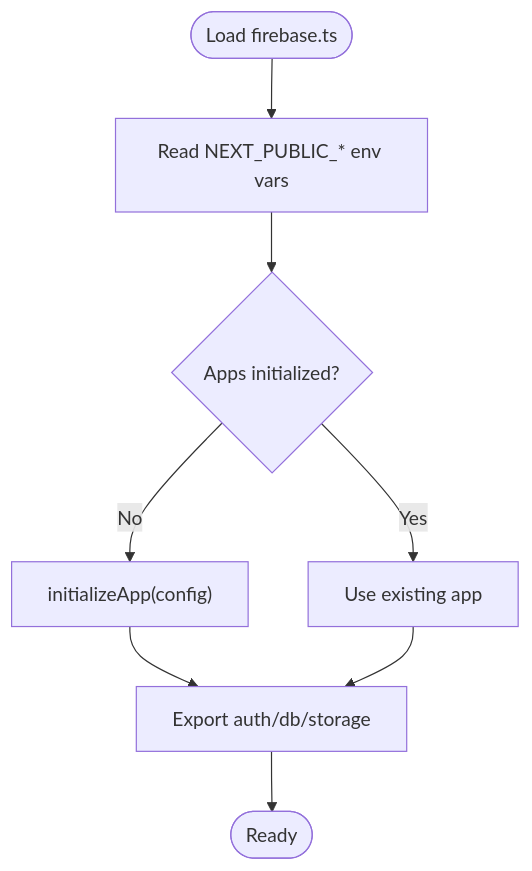
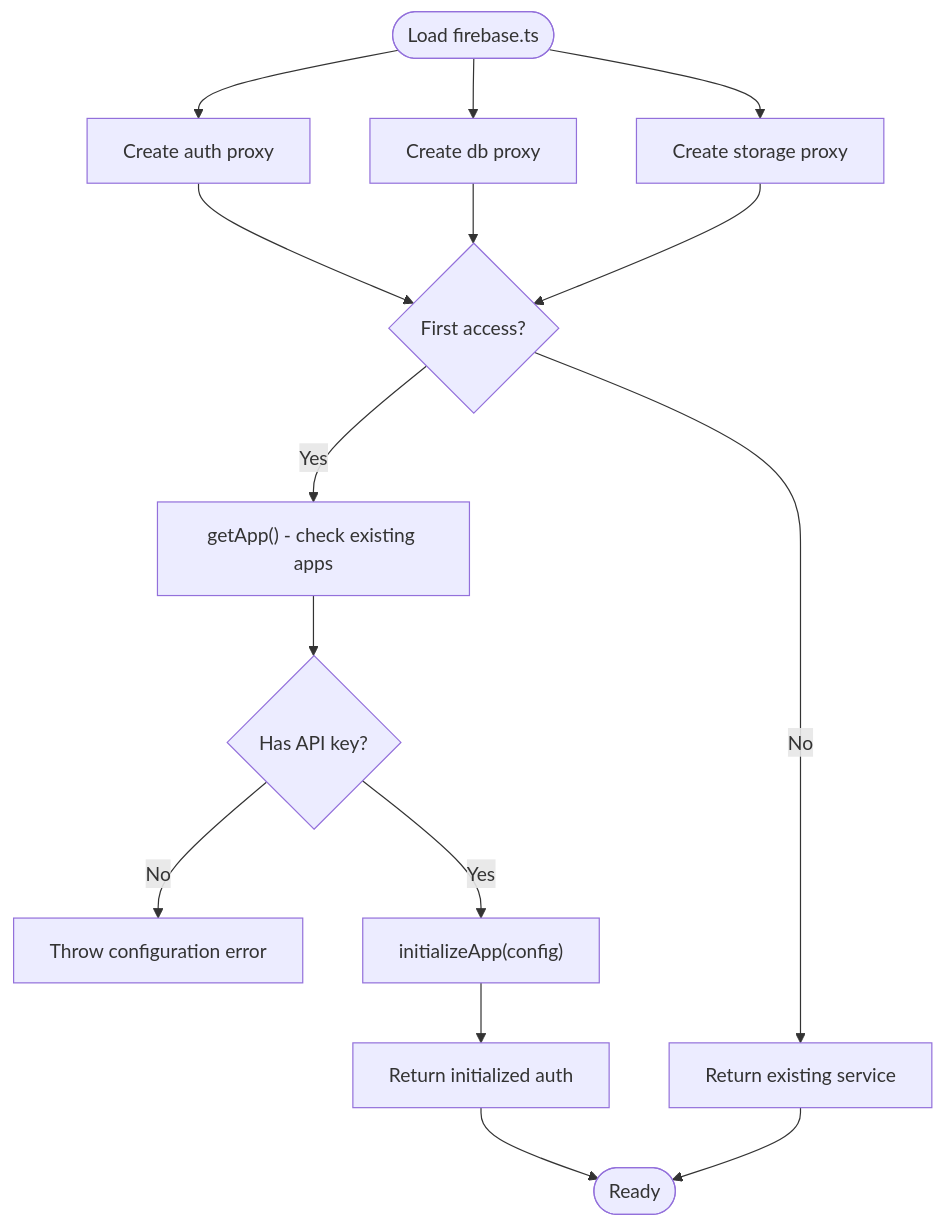
Before and after one commit to alikizang/datafrica: the third of 10 diagrams in .qoder/repowiki/en/content/Authentication System/Firebase Integration.md, drawn with Mermaid. The commit also changed other lines of this file and 23 other files, not shown here.

````diff
--- a/.qoder/repowiki/en/content/Authentication System/Firebase Integration.md
+++ b/.qoder/repowiki/en/content/Authentication System/Firebase Integration.md
@@ -127,10 +162,17 @@
 ```mermaid
 flowchart TD
-Start(["Load firebase.ts"]) --> ReadEnv["Read NEXT_PUBLIC_* env vars"]
-ReadEnv --> HasApps{"Apps initialized?"}
-HasApps --> |No| Init["initializeApp(config)"]
-HasApps --> |Yes| UseExisting["Use existing app"]
-Init --> Export["Export auth/db/storage"]
-UseExisting --> Export
-Export --> End(["Ready"])
+Start(["Load firebase.ts"]) --> ProxyAuth["Create auth proxy"]
+Start --> ProxyDB["Create db proxy"]
+Start --> ProxyStorage["Create storage proxy"]
+ProxyAuth --> FirstAccess{"First access?"}
+ProxyDB --> FirstAccess
+ProxyStorage --> FirstAccess
+FirstAccess --> |Yes| InitApp["getApp() - check existing apps"]
+InitApp --> HasKey{"Has API key?"}
+HasKey --> |No| ThrowError["Throw configuration error"]
+HasKey --> |Yes| CreateApp["initializeApp(config)"]
+CreateApp --> ReturnAuth["Return initialized auth"]
+ReturnAuth --> End(["Ready"])
+FirstAccess --> |No| ReturnExisting["Return existing service"]
+ReturnExisting --> End
 ```
````
